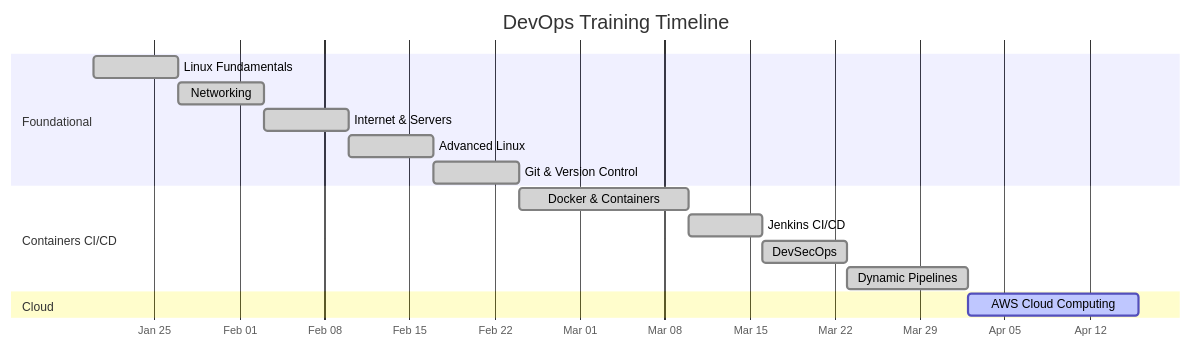
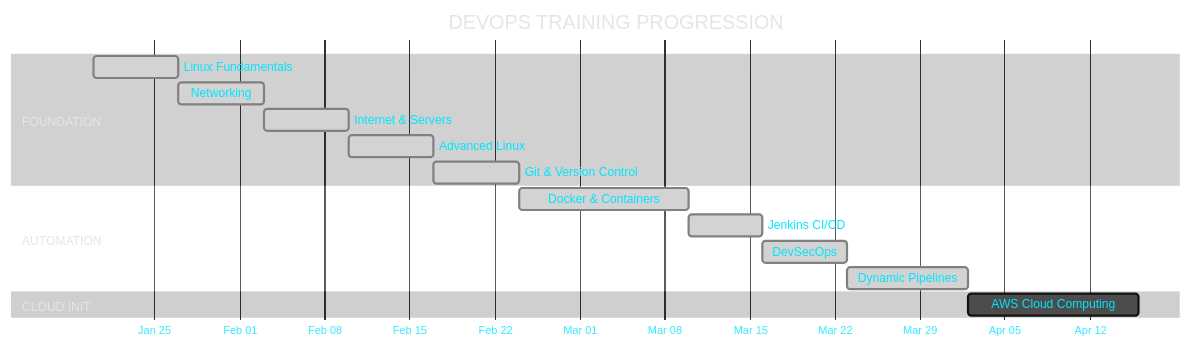
Before and after one commit to hridyen/DevOps-Survival-Roadmap: the first of 2 diagrams in README.md, drawn with Mermaid. The commit also changed other lines of this file, not shown here.

````diff
--- a/README.md
+++ b/README.md
@@ -52,22 +53,23 @@
 ```mermaid
+%%{init: {'theme': 'base', 'themeVariables': { 'primaryColor': '#111111', 'primaryTextColor': '#00E5FF', 'primaryBorderColor': '#00E5FF', 'lineColor': '#00E5FF', 'tertiaryColor': '#1A1A1A', 'fontFamily': 'monospace'}}}%%
 gantt
-    title DevOps Training Timeline
+    title DEVOPS TRAINING PROGRESSION
     dateFormat  YYYY-MM-DD
     axisFormat  %b %d
     
-    section Foundational
+    section FOUNDATION
     Linux Fundamentals       :done,    des1, 2026-01-20, 7d
     Networking               :done,    des2, 2026-01-27, 7d
     Internet & Servers       :done,    des3, 2026-02-03, 7d
     Advanced Linux           :done,    des4, 2026-02-10, 7d
     Git & Version Control    :done,    des5, 2026-02-17, 7d
     
-    section Containers CI/CD
+    section AUTOMATION
     Docker & Containers      :done,    des6, 2026-02-24, 14d
     Jenkins CI/CD            :done,    des7, 2026-03-10, 6d
     DevSecOps                :done,    des8, 2026-03-16, 7d
     Dynamic Pipelines        :done,    des9, 2026-03-23, 10d
     
-    section Cloud
+    section CLOUD INIT
     AWS Cloud Computing      :active,  des10, 2026-04-02, 14d
 ```
````
